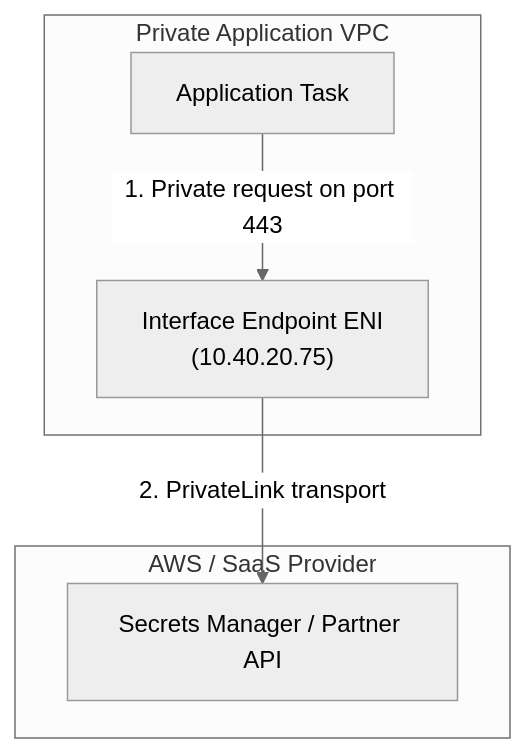
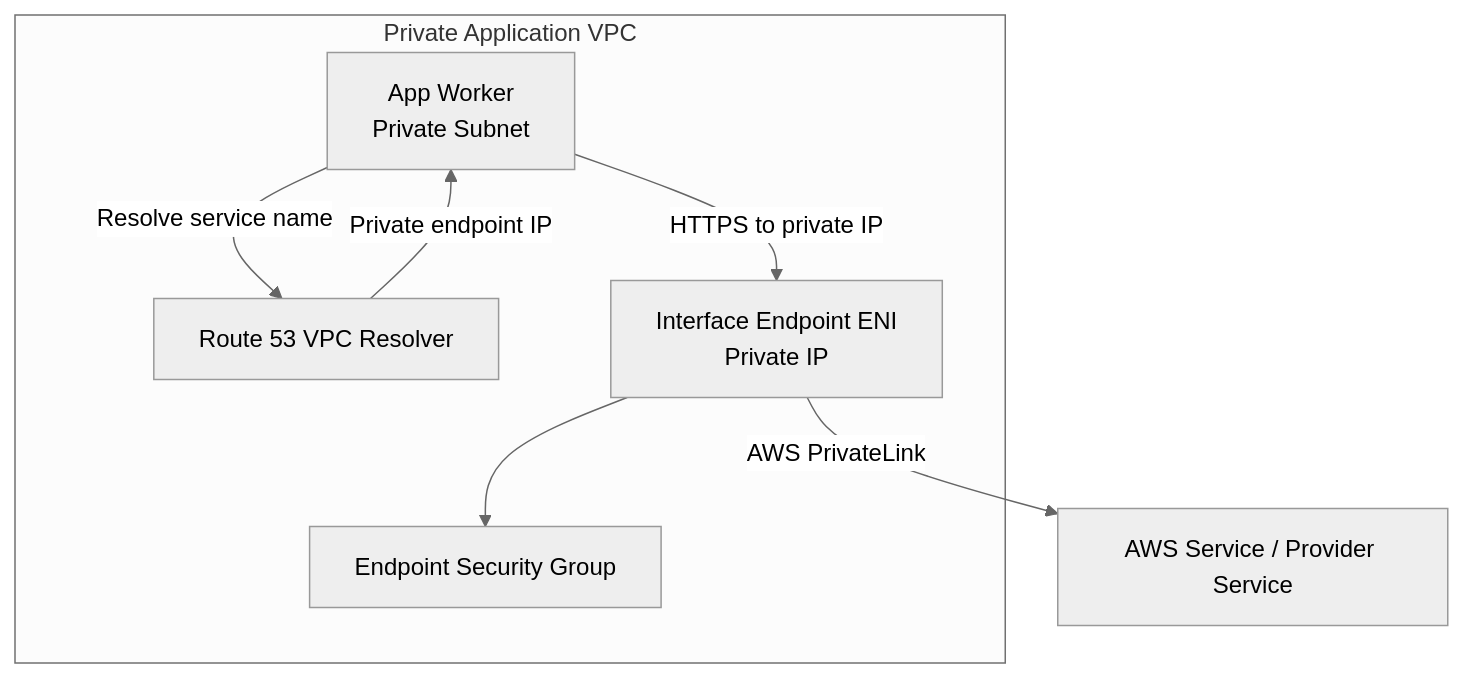
The second of 6 diagrams in cloud-providers/aws/networking-connectivity/03-connectivity-and-hybrid-networking.md (senlinyy/dev-roadmaps), drawn with Mermaid (neutral theme) before and after one commit. The commit also changed other lines of this file and 256 other files, not shown here.

````diff
--- a/cloud-providers/aws/networking-connectivity/03-connectivity-and-hybrid-networking.md
+++ b/cloud-providers/aws/networking-connectivity/03-connectivity-and-hybrid-networking.md
@@ -101,13 +144,17 @@
 ```mermaid
 flowchart TD
     subgraph ClientVPC["Private Application VPC"]
-        Worker["Application Task"]
-        EndpointENI["Interface Endpoint ENI<br/>(10.40.20.75)"]
-    end
-    subgraph ProviderService["AWS / SaaS Provider"]
-        Service["Secrets Manager / Partner API"]
+        Worker["App Worker<br/>Private Subnet"]
+        DNS["Route 53 VPC Resolver"]
+        EndpointENI["Interface Endpoint ENI<br/>Private IP"]
+        EndpointSG["Endpoint Security Group"]
     end
 
-    Worker -->|1. Private request on port 443| EndpointENI
-    EndpointENI -->|2. PrivateLink transport| Service
+    Service["AWS Service / Provider Service"]
+
+    Worker -->|Resolve service name| DNS
+    DNS -->|Private endpoint IP| Worker
+    Worker -->|HTTPS to private IP| EndpointENI
+    EndpointENI --> EndpointSG
+    EndpointENI -->|AWS PrivateLink| Service
 ```
````
